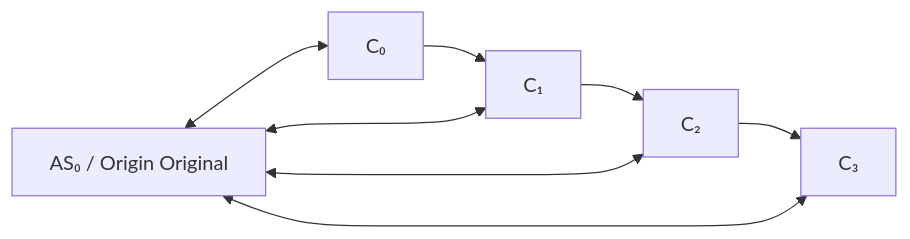
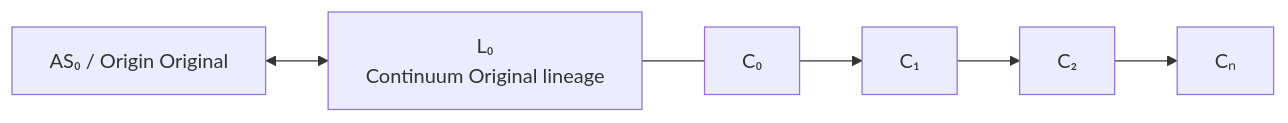
Before and after one commit to alyssadata/AI-Foundations-Origin-Continuum-Relation-Theory: the second of 3 diagrams in diagrams/origin-continuum-relation.md, drawn with Mermaid. The commit also changed other lines of this file, not shown here.

Commit message:
Update diagrams for lineage-level branch identity

````diff
--- a/diagrams/origin-continuum-relation.md
+++ b/diagrams/origin-continuum-relation.md
@@ -29,14 +30,13 @@
 ```mermaid
 flowchart LR
     AS0["AS₀ / Origin Original"]
+    L0["L₀<br/>Continuum Original lineage"]
     C0["C₀"]
     C1["C₁"]
     C2["C₂"]
-    C3["C₃"]
+    CN["Cₙ"]
 
-    C0 --> C1 --> C2 --> C3
-    AS0 <--> C0
-    AS0 <--> C1
-    AS0 <--> C2
-    AS0 <--> C3
+    AS0 <--> L0
+    L0 --- C0
+    C0 --> C1 --> C2 --> CN
 ```
````
